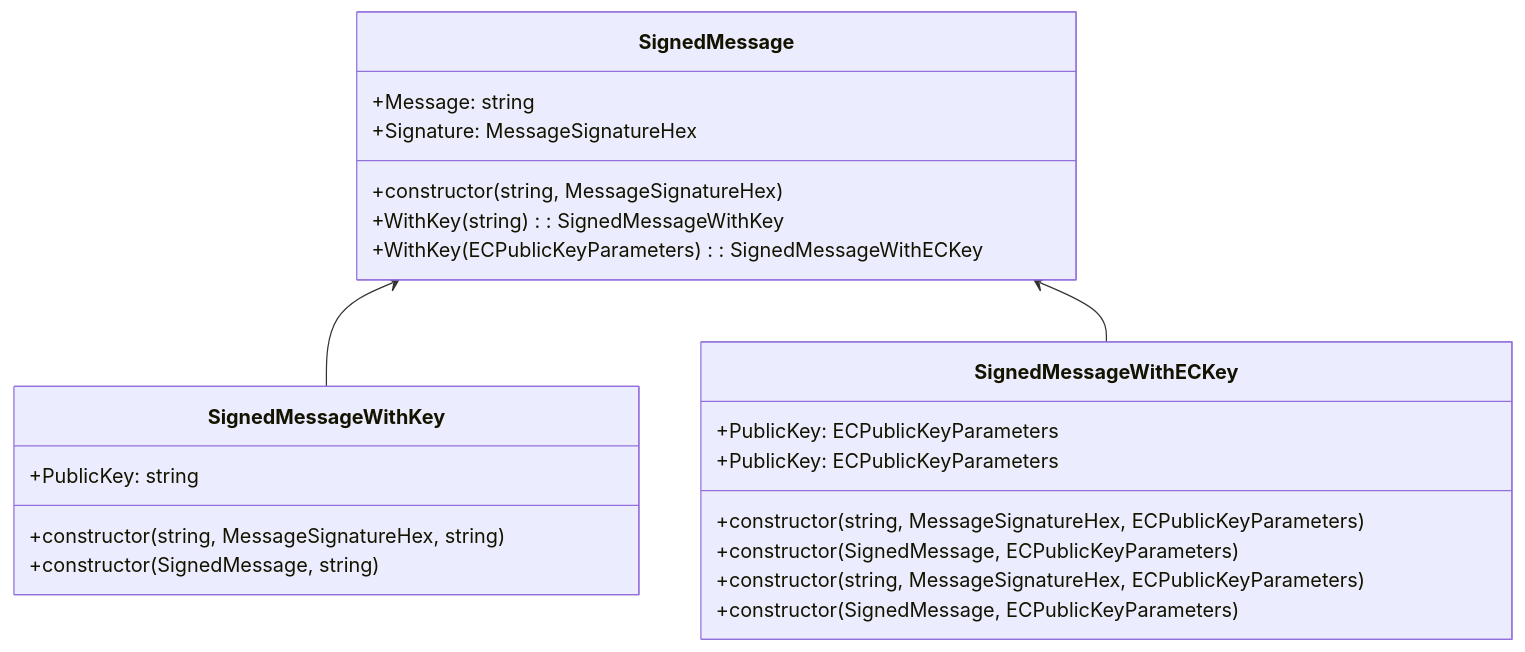
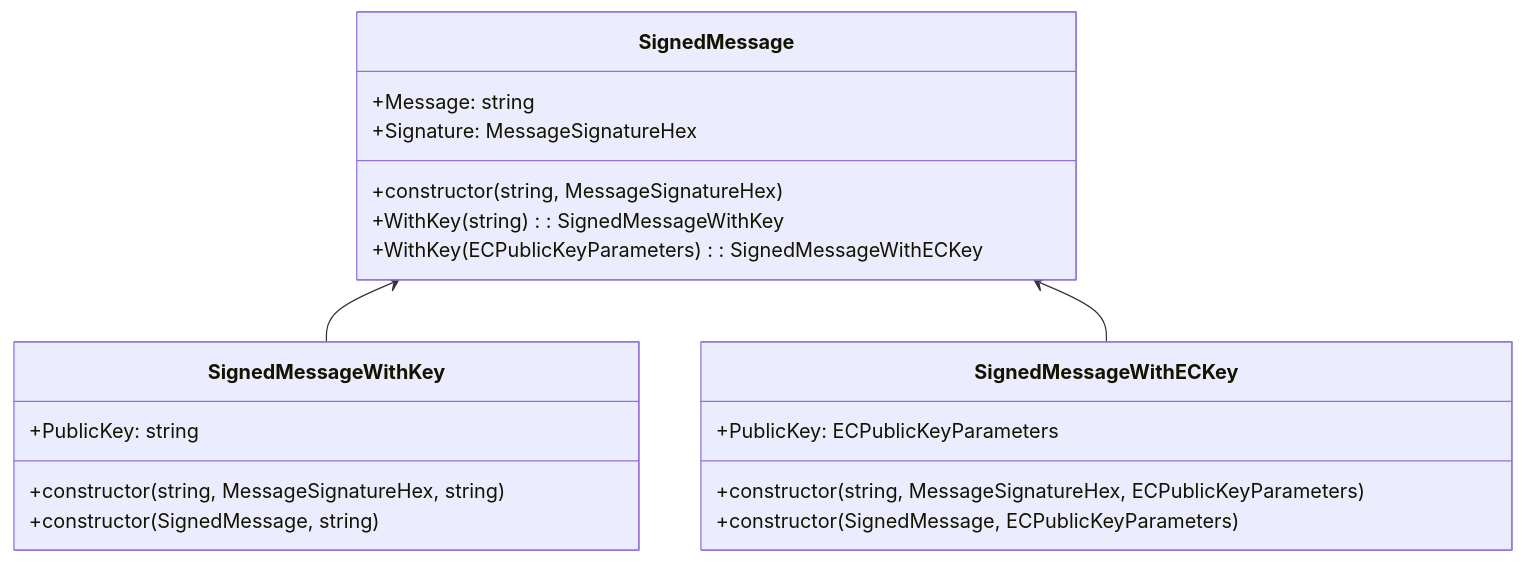
The fourth of 6 diagrams in src/csharp/README.md (planet-nine-app/sessionless), drawn with Mermaid before and after one commit. The commit also changed other lines of this file, not shown here.

````diff
--- a/src/csharp/README.md
+++ b/src/csharp/README.md
@@ -242,28 +246,23 @@
 ```mermaid
 classDiagram
   class SignedMessage {
     +Message: string
     +Signature: MessageSignatureHex
     +constructor(string, MessageSignatureHex)
     +WithKey(string): SignedMessageWithKey
     +WithKey(ECPublicKeyParameters): SignedMessageWithECKey
   }
   class SignedMessageWithKey {
     +PublicKey: string
     +constructor(string, MessageSignatureHex, string)
     +constructor(SignedMessage, string)
   }
   class SignedMessageWithECKey {
     +PublicKey: ECPublicKeyParameters
     +constructor(string, MessageSignatureHex, ECPublicKeyParameters)
     +constructor(SignedMessage, ECPublicKeyParameters)
   }
-  class SignedMessageWithECKey {
-    +PublicKey: ECPublicKeyParameters
-    +constructor(string, MessageSignatureHex, ECPublicKeyParameters)
-    +constructor(SignedMessage, ECPublicKeyParameters)
-  }
-  
+
   SignedMessage <-- SignedMessageWithKey
   SignedMessage <-- SignedMessageWithECKey
 ```
````
